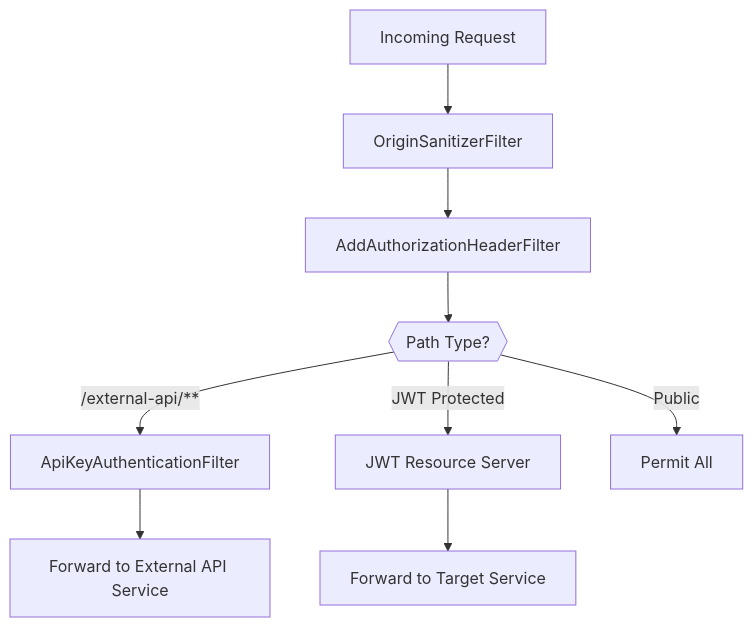
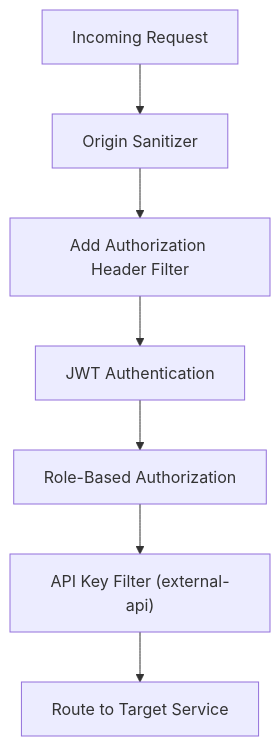
Before and after one commit to Praesto-Pro/openframe-oss-tenant: the seventh of 7 diagrams in docs/architecture/gateway-service-core/gateway-service-core.md, drawn with Mermaid. The commit also changed other lines of this file and 174 other files, not shown here.

````diff
--- a/docs/architecture/gateway-service-core/gateway-service-core.md
+++ b/docs/architecture/gateway-service-core/gateway-service-core.md
@@ -268,12 +347,9 @@
 ```mermaid
 flowchart TD
-    A["Incoming Request"] --> B["OriginSanitizerFilter"]
-    B --> C["AddAuthorizationHeaderFilter"]
-    C --> D{{"Path Type?"}}
-    D -->|"/external-api/**"| E["ApiKeyAuthenticationFilter"]
-    D -->|"JWT Protected"| F["JWT Resource Server"]
-    D -->|"Public"| G["Permit All"]
-
-    E --> H["Forward to External API Service"]
-    F --> I["Forward to Target Service"]
+    Request["Incoming Request"] --> OriginFilter["Origin Sanitizer"]
+    OriginFilter --> HeaderInjection["Add Authorization Header Filter"]
+    HeaderInjection --> JwtValidation["JWT Authentication"]
+    JwtValidation --> RoleCheck["Role-Based Authorization"]
+    RoleCheck --> ApiKeyFilter["API Key Filter (external-api)"]
+    ApiKeyFilter --> Route["Route to Target Service"]
 ```
````
